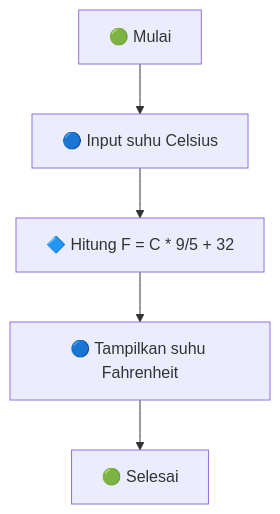
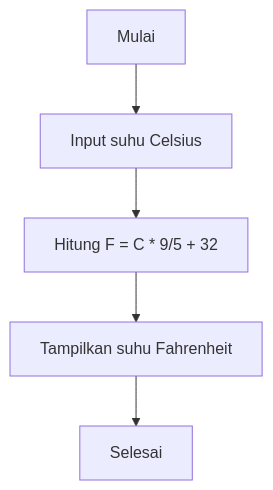
Before and after one commit to Elka1106/Kartika: the fifth of 7 diagrams in Semester 1 2025/10 RPL D.Kej 2/08. flowchart.md, drawn with Mermaid. The commit also changed other lines of this file, not shown here.

Commit message:
Update 08. flowchart.md

````diff
--- a/Semester 1 2025/10 RPL D.Kej 2/08. flowchart.md
+++ b/Semester 1 2025/10 RPL D.Kej 2/08. flowchart.md
@@ -132,7 +132,7 @@
 ```mermaid
 graph TD
-    A[🟢 Mulai] --> B[🔵 Input suhu Celsius]
-    B --> C[🔷 Hitung F = C * 9/5 + 32]
-    C --> D[🔵 Tampilkan suhu Fahrenheit]
-    D --> E[🟢 Selesai]
+    A[ Mulai] --> B[ Input suhu Celsius]
+    B --> C[ Hitung F = C * 9/5 + 32]
+    C --> D[ Tampilkan suhu Fahrenheit]
+    D --> E[ Selesai]
 ```
````
